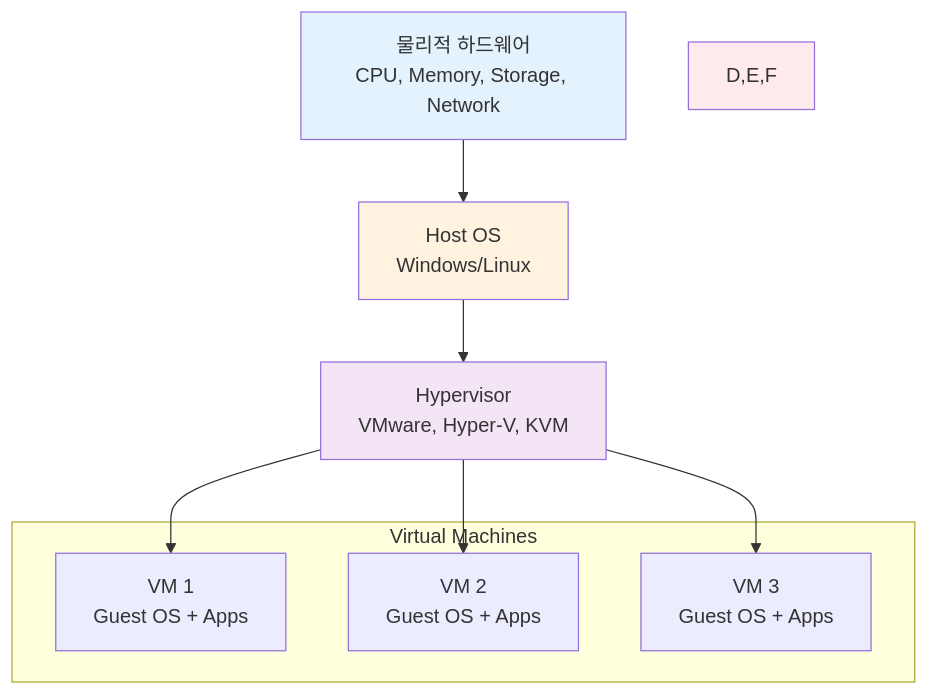
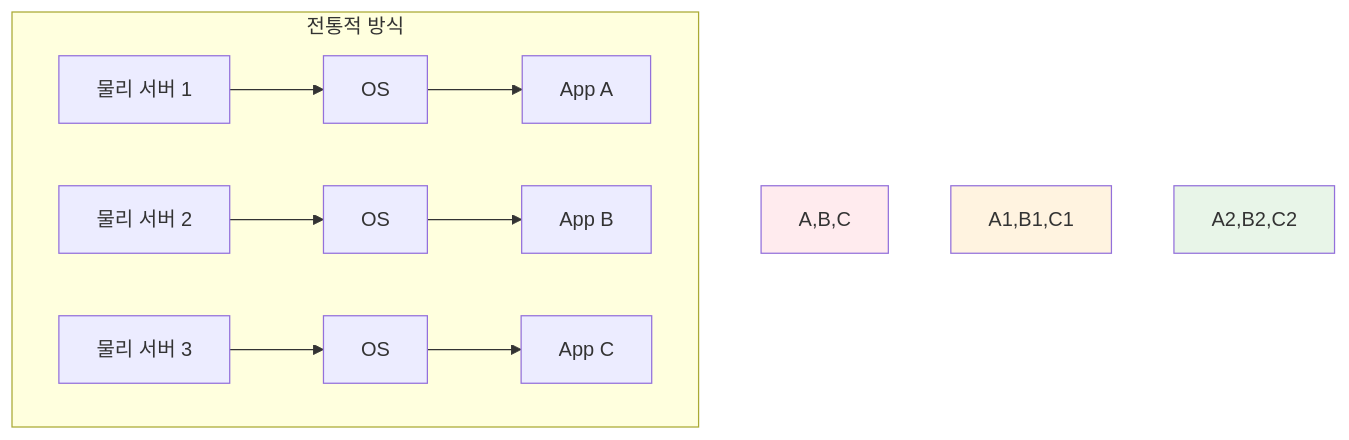
One commit to niceguy61/kdt_devops_lecture_2025 changed the second of 4 diagrams in theory/week_01/day2/session_1.md. Above: the diagram before and after it, drawn with Mermaid. The commit also changed other lines of this file and 26 other files, not shown here.

````diff
--- a/theory/week_01/day2/session_1.md
+++ b/theory/week_01/day2/session_1.md
@@ -61,23 +58,12 @@
 ```mermaid
 graph TB
-    A[물리적 하드웨어<br/>CPU, Memory, Storage, Network]
-    B[Host OS<br/>Windows/Linux]
-    C[Hypervisor<br/>VMware, Hyper-V, KVM]
-    
-    subgraph "Virtual Machines"
-        D[VM 1<br/>Guest OS + Apps]
-        E[VM 2<br/>Guest OS + Apps]
-        F[VM 3<br/>Guest OS + Apps]
+    subgraph "전통적 방식"
+        A[물리 서버 1] --> A1[OS] --> A2[App A]
+        B[물리 서버 2] --> B1[OS] --> B2[App B]
+        C[물리 서버 3] --> C1[OS] --> C2[App C]
     end
     
-    A --> B
-    B --> C
-    C --> D
-    C --> E
-    C --> F
-    
-    style A fill:#e3f2fd
-    style B fill:#fff3e0
-    style C fill:#f3e5f5
-    style D,E,F fill:#ffebee
+    style A,B,C fill:#ffebee
+    style A1,B1,C1 fill:#fff3e0
+    style A2,B2,C2 fill:#e8f5e8
 ```
````
